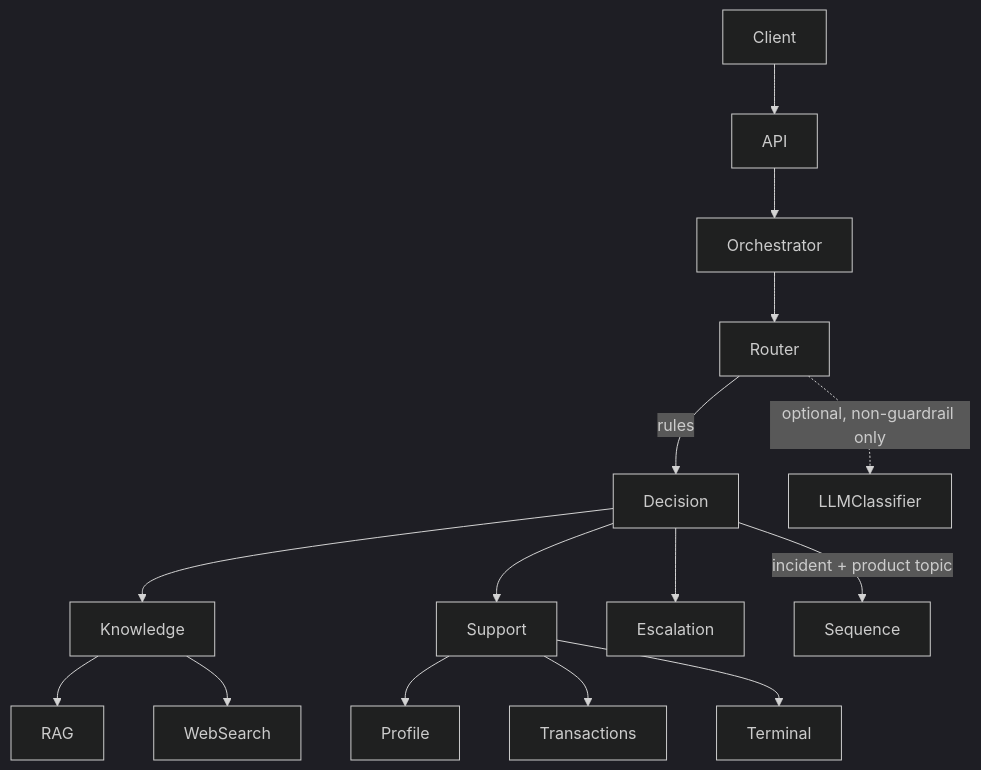
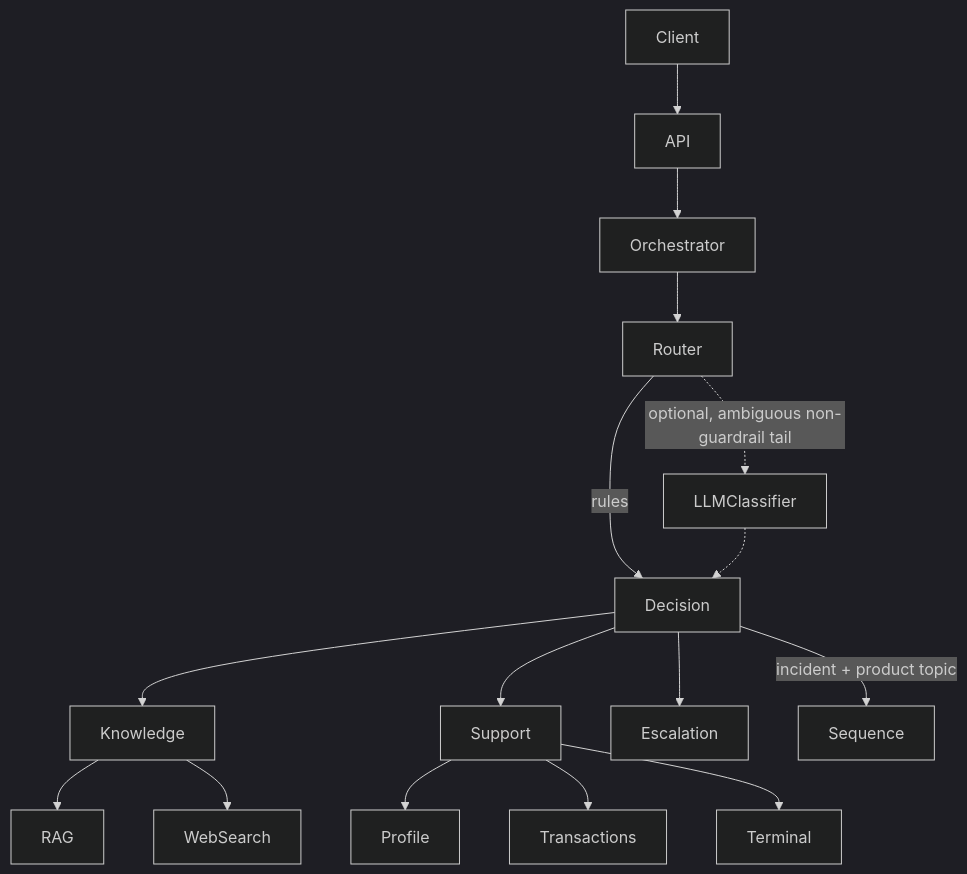
The diagram in specs/001-multi-agent-support/design.md (brunovicco/getnet-multi-agent-support), drawn with Mermaid (dark theme) before and after one commit. The commit also changed other lines of this file and 16 other files, not shown here.

Commit message:
fix: preserve sequence handoffs and localize support output

````diff
--- a/specs/001-multi-agent-support/design.md
+++ b/specs/001-multi-agent-support/design.md
@@ -16,17 +16,18 @@
 ```mermaid
 flowchart TD
     Client --> API
     API --> Orchestrator
     Orchestrator --> Router
     Router -->|rules| Decision
-    Router -.->|optional, non-guardrail only| LLMClassifier
+    Router -.->|optional, ambiguous non-guardrail tail| LLMClassifier
+    LLMClassifier -.-> Decision
     Decision --> Knowledge
     Decision --> Support
     Decision --> Escalation
     Decision -->|incident + product topic| Sequence
     Knowledge --> RAG
     Knowledge --> WebSearch
     Support --> Profile
     Support --> Transactions
     Support --> Terminal
 ```
````
